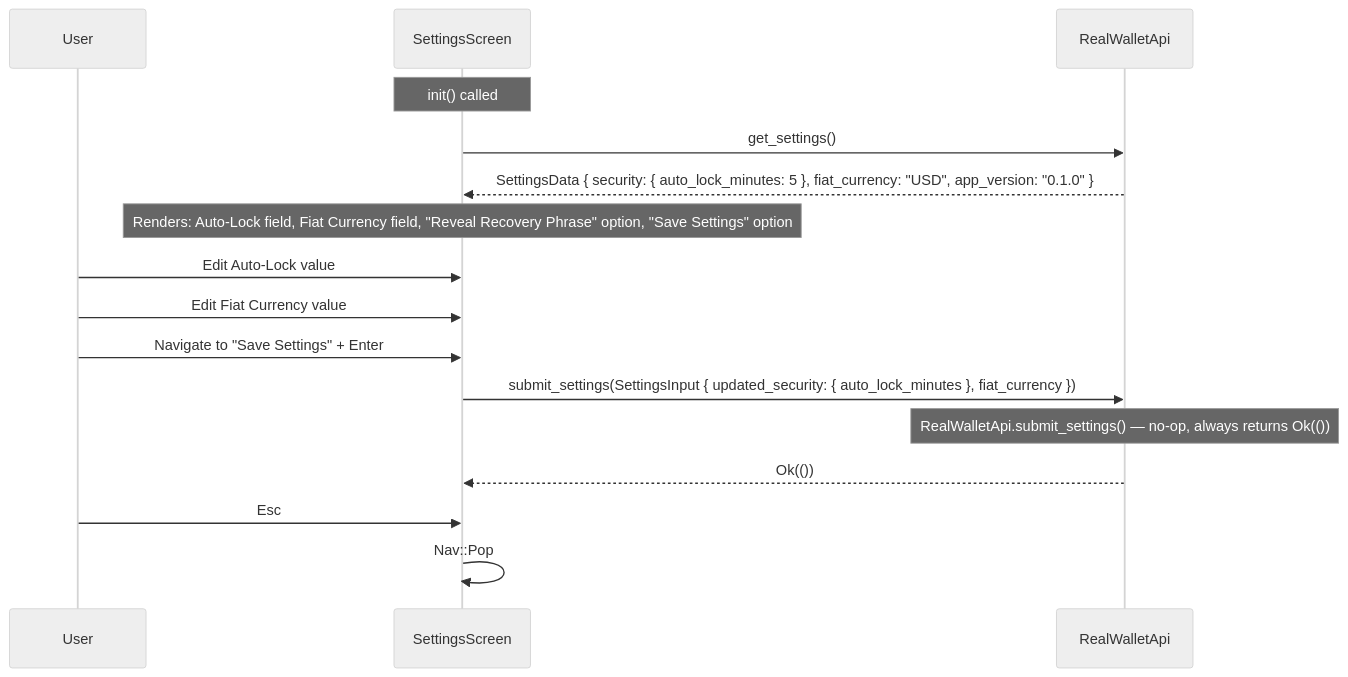
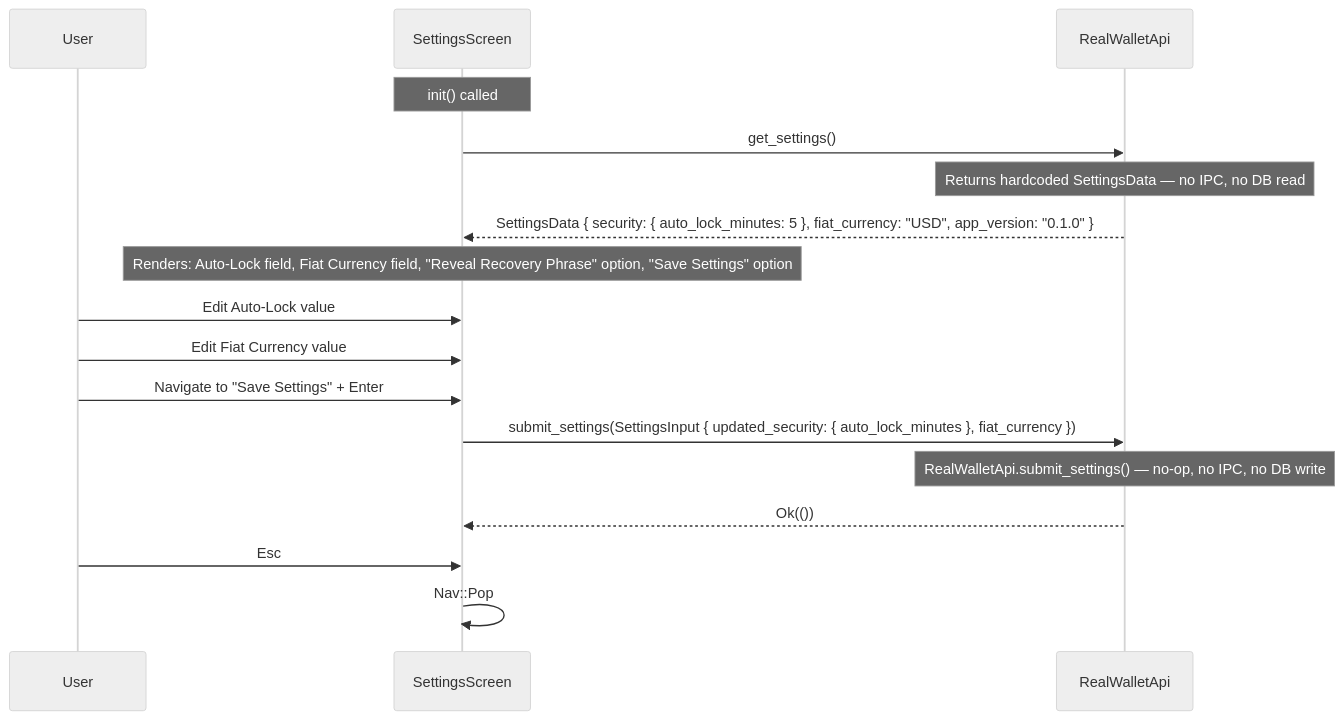
The first of 2 diagrams in tui/docs/usecases/08-settings.md (blockhackersio/paypunk), drawn with Mermaid (neutral theme) before and after one commit. The commit also changed other lines of this file and 9 other files, not shown here.

````diff
--- a/tui/docs/usecases/08-settings.md
+++ b/tui/docs/usecases/08-settings.md
@@ -9,25 +14,26 @@
 ```mermaid
 sequenceDiagram
     participant U as User
     participant TUI as SettingsScreen
     participant API as RealWalletApi
 
     Note over TUI: init() called
     TUI->>API: get_settings()
+    Note over API: Returns hardcoded SettingsData — no IPC, no DB read
     API-->>TUI: SettingsData { security: { auto_lock_minutes: 5 }, fiat_currency: "USD", app_version: "0.1.0" }
 
     Note over TUI: Renders: Auto-Lock field, Fiat Currency field, "Reveal Recovery Phrase" option, "Save Settings" option
 
     U->>TUI: Edit Auto-Lock value
     U->>TUI: Edit Fiat Currency value
     U->>TUI: Navigate to "Save Settings" + Enter
 
     TUI->>API: submit_settings(SettingsInput { updated_security: { auto_lock_minutes }, fiat_currency })
 
-    Note over API: RealWalletApi.submit_settings() — no-op, always returns Ok(())
+    Note over API: RealWalletApi.submit_settings() — no-op, no IPC, no DB write
 
     API-->>TUI: Ok(())
 
     U->>TUI: Esc
     TUI->>TUI: Nav::Pop
 ```
````
